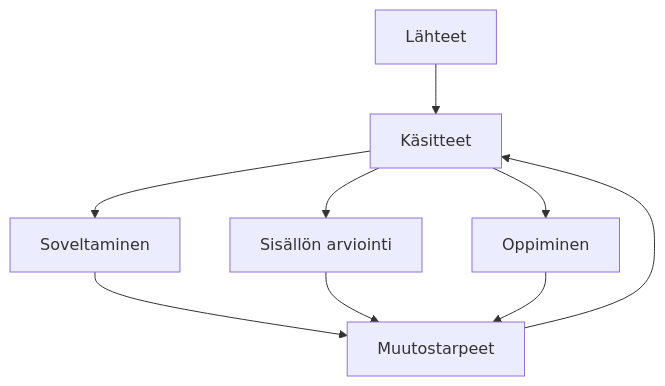
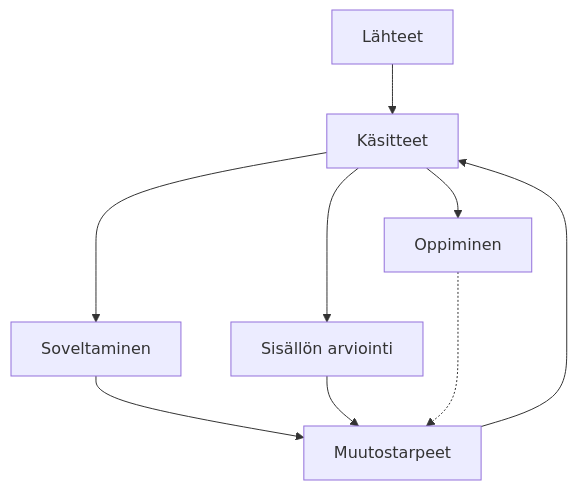
Before and after one commit to mvattulainen/bias-agent: the diagram in content/sivustosta.md, drawn with Mermaid. The commit also changed other lines of this file, not shown here.

````diff
--- a/content/sivustosta.md
+++ b/content/sivustosta.md
@@ -9,17 +9,17 @@
 ```mermaid  
 flowchart TD  
 A[Lähteet] 
 B[Käsitteet]
 C[Soveltaminen]
 D[Muutostarpeet]
 E[Oppiminen]
 F[Sisällön arviointi]
 A --> B
 B --> C
 C --> D
 D --> B
 B --> E
 B --> F
 F --> D
-E --> D
+E -..-> D
 ```
````
